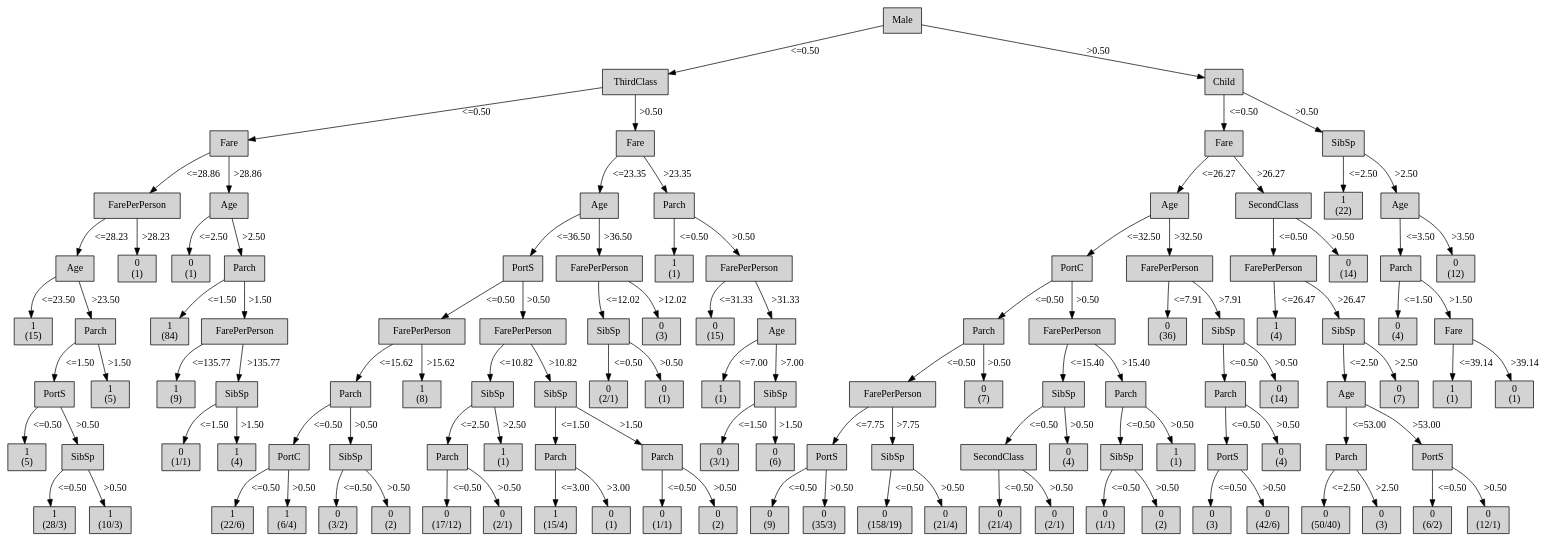
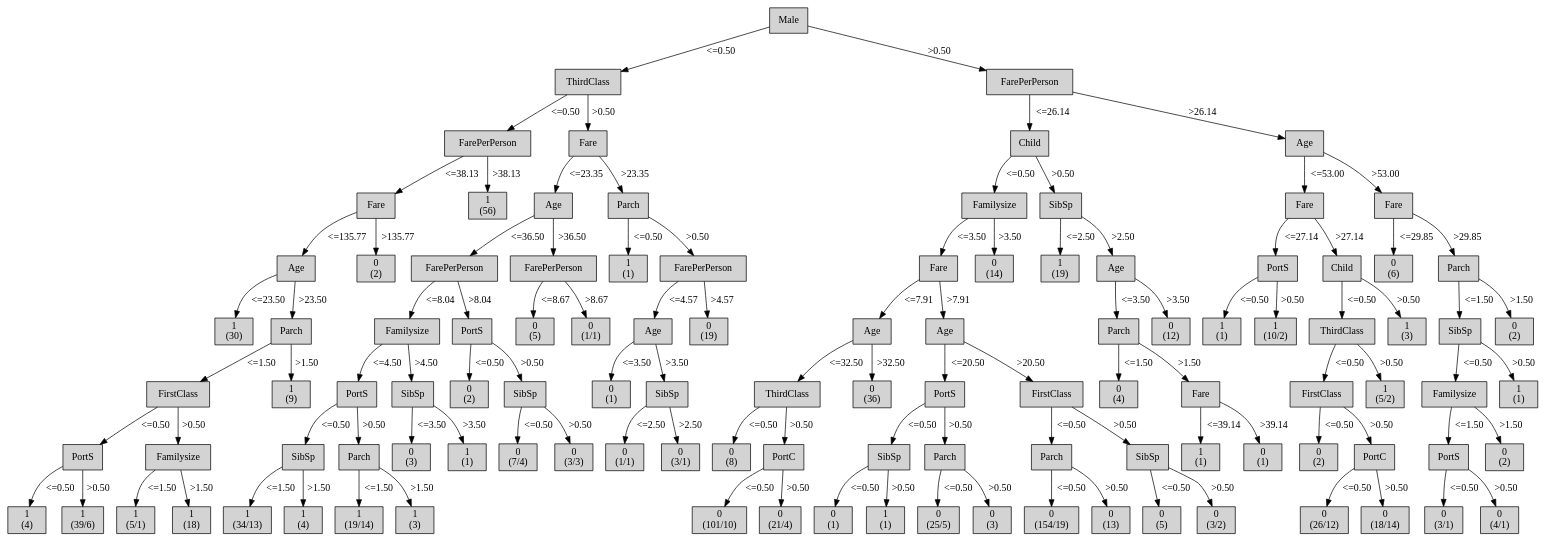
Before and after one commit to mklb/BI-Python3: the diagram in output/tree-generator-8/tree.dot, drawn with Graphviz. The commit also changed 30 other files, not shown here.

```diff
--- a/output/tree-generator-8/tree.dot
+++ b/output/tree-generator-8/tree.dot
@@ -4,417 +4,389 @@
 "1" [shape=box, style=filled, label="ThirdClass
 ", weight=2]
 0 -> 1 [ label = "<=0.50"];
-"2" [shape=box, style=filled, label="Fare
+"2" [shape=box, style=filled, label="FarePerPerson
 ", weight=3]
 1 -> 2 [ label = "<=0.50"];
-"3" [shape=box, style=filled, label="FarePerPerson
+"3" [shape=box, style=filled, label="Fare
 ", weight=4]
-2 -> 3 [ label = "<=28.86"];
+2 -> 3 [ label = "<=38.13"];
 "4" [shape=box, style=filled, label="Age
 ", weight=5]
-3 -> 4 [ label = "<=28.23"];
+3 -> 4 [ label = "<=135.77"];
 "5" [shape=box, style=filled, label="1
-(15)
+(30)
 ", weight=6]
 4 -> 5 [ label = "<=23.50"];
 "6" [shape=box, style=filled, label="Parch
 ", weight=6]
 4 -> 6 [ label = ">23.50"];
-"7" [shape=box, style=filled, label="PortS
+"7" [shape=box, style=filled, label="FirstClass
 ", weight=7]
 6 -> 7 [ label = "<=1.50"];
-"8" [shape=box, style=filled, label="1
-(5)
+"8" [shape=box, style=filled, label="PortS
 ", weight=8]
 7 -> 8 [ label = "<=0.50"];
-"9" [shape=box, style=filled, label="SibSp
+"9" [shape=box, style=filled, label="1
+(4)
+", weight=9]
+8 -> 9 [ label = "<=0.50"];
+"10" [shape=box, style=filled, label="1
+(39/6)
+", weight=9]
+8 -> 10 [ label = ">0.50"];
+"11" [shape=box, style=filled, label="Familysize
 ", weight=8]
-7 -> 9 [ label = ">0.50"];
-"10" [shape=box, style=filled, label="1
-(28/3)
+7 -> 11 [ label = ">0.50"];
+"12" [shape=box, style=filled, label="1
+(5/1)
 ", weight=9]
-9 -> 10 [ label = "<=0.50"];
-"11" [shape=box, style=filled, label="1
-(10/3)
+11 -> 12 [ label = "<=1.50"];
+"13" [shape=box, style=filled, label="1
+(18)
 ", weight=9]
-9 -> 11 [ label = ">0.50"];
-"12" [shape=box, style=filled, label="1
+11 -> 13 [ label = ">1.50"];
+"14" [shape=box, style=filled, label="1
+(9)
+", weight=7]
+6 -> 14 [ label = ">1.50"];
+"15" [shape=box, style=filled, label="0
+(2)
+", weight=5]
+3 -> 15 [ label = ">135.77"];
+"16" [shape=box, style=filled, label="1
+(56)
+", weight=4]
+2 -> 16 [ label = ">38.13"];
+"17" [shape=box, style=filled, label="Fare
+", weight=3]
+1 -> 17 [ label = ">0.50"];
+"18" [shape=box, style=filled, label="Age
+", weight=4]
+17 -> 18 [ label = "<=23.35"];
+"19" [shape=box, style=filled, label="FarePerPerson
+", weight=5]
+18 -> 19 [ label = "<=36.50"];
+"20" [shape=box, style=filled, label="Familysize
+", weight=6]
+19 -> 20 [ label = "<=8.04"];
+"21" [shape=box, style=filled, label="PortS
+", weight=7]
+20 -> 21 [ label = "<=4.50"];
+"22" [shape=box, style=filled, label="SibSp
+", weight=8]
+21 -> 22 [ label = "<=0.50"];
+"23" [shape=box, style=filled, label="1
+(34/13)
+", weight=9]
+22 -> 23 [ label = "<=1.50"];
+"24" [shape=box, style=filled, label="1
+(4)
+", weight=9]
+22 -> 24 [ label = ">1.50"];
+"25" [shape=box, style=filled, label="Parch
+", weight=8]
+21 -> 25 [ label = ">0.50"];
+"26" [shape=box, style=filled, label="1
+(19/14)
+", weight=9]
+25 -> 26 [ label = "<=1.50"];
+"27" [shape=box, style=filled, label="1
+(3)
+", weight=9]
+25 -> 27 [ label = ">1.50"];
+"28" [shape=box, style=filled, label="SibSp
+", weight=7]
+20 -> 28 [ label = ">4.50"];
+"29" [shape=box, style=filled, label="0
+(3)
+", weight=8]
+28 -> 29 [ label = "<=3.50"];
+"30" [shape=box, style=filled, label="1
+(1)
+", weight=8]
+28 -> 30 [ label = ">3.50"];
+"31" [shape=box, style=filled, label="PortS
+", weight=6]
+19 -> 31 [ label = ">8.04"];
+"32" [shape=box, style=filled, label="0
+(2)
+", weight=7]
+31 -> 32 [ label = "<=0.50"];
+"33" [shape=box, style=filled, label="SibSp
+", weight=7]
+31 -> 33 [ label = ">0.50"];
+"34" [shape=box, style=filled, label="0
+(7/4)
+", weight=8]
+33 -> 34 [ label = "<=0.50"];
+"35" [shape=box, style=filled, label="0
+(3/3)
+", weight=8]
+33 -> 35 [ label = ">0.50"];
+"36" [shape=box, style=filled, label="FarePerPerson
+", weight=5]
+18 -> 36 [ label = ">36.50"];
+"37" [shape=box, style=filled, label="0
 (5)
-", weight=7]
-6 -> 12 [ label = ">1.50"];
-"13" [shape=box, style=filled, label="0
+", weight=6]
+36 -> 37 [ label = "<=8.67"];
+"38" [shape=box, style=filled, label="0
+(1/1)
+", weight=6]
+36 -> 38 [ label = ">8.67"];
+"39" [shape=box, style=filled, label="Parch
+", weight=4]
+17 -> 39 [ label = ">23.35"];
+"40" [shape=box, style=filled, label="1
 (1)
 ", weight=5]
-3 -> 13 [ label = ">28.23"];
-"14" [shape=box, style=filled, label="Age
-", weight=4]
-2 -> 14 [ label = ">28.86"];
-"15" [shape=box, style=filled, label="0
+39 -> 40 [ label = "<=0.50"];
+"41" [shape=box, style=filled, label="FarePerPerson
+", weight=5]
+39 -> 41 [ label = ">0.50"];
+"42" [shape=box, style=filled, label="Age
+", weight=6]
+41 -> 42 [ label = "<=4.57"];
+"43" [shape=box, style=filled, label="0
 (1)
-", weight=5]
-14 -> 15 [ label = "<=2.50"];
-"16" [shape=box, style=filled, label="Parch
-", weight=5]
-14 -> 16 [ label = ">2.50"];
-"17" [shape=box, style=filled, label="1
-(84)
-", weight=6]
-16 -> 17 [ label = "<=1.50"];
-"18" [shape=box, style=filled, label="FarePerPerson
-", weight=6]
-16 -> 18 [ label = ">1.50"];
-"19" [shape=box, style=filled, label="1
-(9)
 ", weight=7]
-18 -> 19 [ label = "<=135.77"];
-"20" [shape=box, style=filled, label="SibSp
+42 -> 43 [ label = "<=3.50"];
+"44" [shape=box, style=filled, label="SibSp
 ", weight=7]
-18 -> 20 [ label = ">135.77"];
-"21" [shape=box, style=filled, label="0
+42 -> 44 [ label = ">3.50"];
+"45" [shape=box, style=filled, label="0
 (1/1)
 ", weight=8]
-20 -> 21 [ label = "<=1.50"];
-"22" [shape=box, style=filled, label="1
-(4)
+44 -> 45 [ label = "<=2.50"];
+"46" [shape=box, style=filled, label="0
+(3/1)
 ", weight=8]
-20 -> 22 [ label = ">1.50"];
-"23" [shape=box, style=filled, label="Fare
+44 -> 46 [ label = ">2.50"];
+"47" [shape=box, style=filled, label="0
+(19)
+", weight=6]
+41 -> 47 [ label = ">4.57"];
+"48" [shape=box, style=filled, label="FarePerPerson
+", weight=2]
+0 -> 48 [ label = ">0.50"];
+"49" [shape=box, style=filled, label="Child
 ", weight=3]
-1 -> 23 [ label = ">0.50"];
-"24" [shape=box, style=filled, label="Age
+48 -> 49 [ label = "<=26.14"];
+"50" [shape=box, style=filled, label="Familysize
 ", weight=4]
-23 -> 24 [ label = "<=23.35"];
-"25" [shape=box, style=filled, label="PortS
+49 -> 50 [ label = "<=0.50"];
+"51" [shape=box, style=filled, label="Fare
 ", weight=5]
-24 -> 25 [ label = "<=36.50"];
-"26" [shape=box, style=filled, label="FarePerPerson
+50 -> 51 [ label = "<=3.50"];
+"52" [shape=box, style=filled, label="Age
 ", weight=6]
-25 -> 26 [ label = "<=0.50"];
-"27" [shape=box, style=filled, label="Parch
+51 -> 52 [ label = "<=7.91"];
+"53" [shape=box, style=filled, label="ThirdClass
 ", weight=7]
-26 -> 27 [ label = "<=15.62"];
-"28" [shape=box, style=filled, label="PortC
+52 -> 53 [ label = "<=32.50"];
+"54" [shape=box, style=filled, label="0
+(8)
 ", weight=8]
-27 -> 28 [ label = "<=0.50"];
-"29" [shape=box, style=filled, label="1
-(22/6)
+53 -> 54 [ label = "<=0.50"];
+"55" [shape=box, style=filled, label="PortC
+", weight=8]
+53 -> 55 [ label = ">0.50"];
+"56" [shape=box, style=filled, label="0
+(101/10)
 ", weight=9]
-28 -> 29 [ label = "<=0.50"];
-"30" [shape=box, style=filled, label="1
-(6/4)
+55 -> 56 [ label = "<=0.50"];
+"57" [shape=box, style=filled, label="0
+(21/4)
 ", weight=9]
-28 -> 30 [ label = ">0.50"];
-"31" [shape=box, style=filled, label="SibSp
+55 -> 57 [ label = ">0.50"];
+"58" [shape=box, style=filled, label="0
+(36)
+", weight=7]
+52 -> 58 [ label = ">32.50"];
+"59" [shape=box, style=filled, label="Age
+", weight=6]
+51 -> 59 [ label = ">7.91"];
+"60" [shape=box, style=filled, label="PortS
+", weight=7]
+59 -> 60 [ label = "<=20.50"];
+"61" [shape=box, style=filled, label="SibSp
 ", weight=8]
-27 -> 31 [ label = ">0.50"];
-"32" [shape=box, style=filled, label="0
-(3/2)
-", weight=9]
-31 -> 32 [ label = "<=0.50"];
-"33" [shape=box, style=filled, label="0
-(2)
-", weight=9]
-31 -> 33 [ label = ">0.50"];
-"34" [shape=box, style=filled, label="1
-(8)
-", weight=7]
-26 -> 34 [ label = ">15.62"];
-"35" [shape=box, style=filled, label="FarePerPerson
-", weight=6]
-25 -> 35 [ label = ">0.50"];
-"36" [shape=box, style=filled, label="SibSp
-", weight=7]
-35 -> 36 [ label = "<=10.82"];
-"37" [shape=box, style=filled, label="Parch
-", weight=8]
-36 -> 37 [ label = "<=2.50"];
-"38" [shape=box, style=filled, label="0
-(17/12)
-", weight=9]
-37 -> 38 [ label = "<=0.50"];
-"39" [shape=box, style=filled, label="0
-(2/1)
-", weight=9]
-37 -> 39 [ label = ">0.50"];
-"40" [shape=box, style=filled, label="1
-(1)
-", weight=8]
-36 -> 40 [ label = ">2.50"];
-"41" [shape=box, style=filled, label="SibSp
-", weight=7]
-35 -> 41 [ label = ">10.82"];
-"42" [shape=box, style=filled, label="Parch
-", weight=8]
-41 -> 42 [ label = "<=1.50"];
-"43" [shape=box, style=filled, label="1
-(15/4)
-", weight=9]
-42 -> 43 [ label = "<=3.00"];
-"44" [shape=box, style=filled, label="0
+60 -> 61 [ label = "<=0.50"];
+"62" [shape=box, style=filled, label="0
 (1)
 ", weight=9]
-42 -> 44 [ label = ">3.00"];
-"45" [shape=box, style=filled, label="Parch
+61 -> 62 [ label = "<=0.50"];
+"63" [shape=box, style=filled, label="1
+(1)
+", weight=9]
+61 -> 63 [ label = ">0.50"];
+"64" [shape=box, style=filled, label="Parch
 ", weight=8]
-41 -> 45 [ label = ">1.50"];
-"46" [shape=box, style=filled, label="0
-(1/1)
+60 -> 64 [ label = ">0.50"];
+"65" [shape=box, style=filled, label="0
+(25/5)
 ", weight=9]
-45 -> 46 [ label = "<=0.50"];
-"47" [shape=box, style=filled, label="0
-(2)
+64 -> 65 [ label = "<=0.50"];
+"66" [shape=box, style=filled, label="0
+(3)
 ", weight=9]
-45 -> 47 [ label = ">0.50"];
-"48" [shape=box, style=filled, label="FarePerPerson
-", weight=5]
-24 -> 48 [ label = ">36.50"];
-"49" [shape=box, style=filled, label="SibSp
-", weight=6]
-48 -> 49 [ label = "<=12.02"];
-"50" [shape=box, style=filled, label="0
-(2/1)
+64 -> 66 [ label = ">0.50"];
+"67" [shape=box, style=filled, label="FirstClass
 ", weight=7]
-49 -> 50 [ label = "<=0.50"];
-"51" [shape=box, style=filled, label="0
-(1)
-", weight=7]
-49 -> 51 [ label = ">0.50"];
-"52" [shape=box, style=filled, label="0
-(3)
-", weight=6]
-48 -> 52 [ label = ">12.02"];
-"53" [shape=box, style=filled, label="Parch
-", weight=4]
-23 -> 53 [ label = ">23.35"];
-"54" [shape=box, style=filled, label="1
-(1)
-", weight=5]
-53 -> 54 [ label = "<=0.50"];
-"55" [shape=box, style=filled, label="FarePerPerson
-", weight=5]
-53 -> 55 [ label = ">0.50"];
-"56" [shape=box, style=filled, label="0
-(15)
-", weight=6]
-55 -> 56 [ label = "<=31.33"];
-"57" [shape=box, style=filled, label="Age
-", weight=6]
-55 -> 57 [ label = ">31.33"];
-"58" [shape=box, style=filled, label="1
-(1)
-", weight=7]
-57 -> 58 [ label = "<=7.00"];
-"59" [shape=box, style=filled, label="SibSp
-", weight=7]
-57 -> 59 [ label = ">7.00"];
-"60" [shape=box, style=filled, label="0
-(3/1)
+59 -> 67 [ label = ">20.50"];
+"68" [shape=box, style=filled, label="Parch
 ", weight=8]
-59 -> 60 [ label = "<=1.50"];
-"61" [shape=box, style=filled, label="0
-(6)
-", weight=8]
-59 -> 61 [ label = ">1.50"];
-"62" [shape=box, style=filled, label="Child
-", weight=2]
-0 -> 62 [ label = ">0.50"];
-"63" [shape=box, style=filled, label="Fare
-", weight=3]
-62 -> 63 [ label = "<=0.50"];
-"64" [shape=box, style=filled, label="Age
-", weight=4]
-63 -> 64 [ label = "<=26.27"];
-"65" [shape=box, style=filled, label="PortC
-", weight=5]
-64 -> 65 [ label = "<=32.50"];
-"66" [shape=box, style=filled, label="Parch
-", weight=6]
-65 -> 66 [ label = "<=0.50"];
-"67" [shape=box, style=filled, label="FarePerPerson
-", weight=7]
-66 -> 67 [ label = "<=0.50"];
-"68" [shape=box, style=filled, label="PortS
-", weight=8]
-67 -> 68 [ label = "<=7.75"];
+67 -> 68 [ label = "<=0.50"];
 "69" [shape=box, style=filled, label="0
-(9)
+(154/19)
 ", weight=9]
 68 -> 69 [ label = "<=0.50"];
 "70" [shape=box, style=filled, label="0
-(35/3)
+(13)
 ", weight=9]
 68 -> 70 [ label = ">0.50"];
 "71" [shape=box, style=filled, label="SibSp
 ", weight=8]
-67 -> 71 [ label = ">7.75"];
+67 -> 71 [ label = ">0.50"];
 "72" [shape=box, style=filled, label="0
-(158/19)
+(5)
 ", weight=9]
 71 -> 72 [ label = "<=0.50"];
 "73" [shape=box, style=filled, label="0
-(21/4)
+(3/2)
 ", weight=9]
 71 -> 73 [ label = ">0.50"];
 "74" [shape=box, style=filled, label="0
-(7)
+(14)
+", weight=5]
+50 -> 74 [ label = ">3.50"];
+"75" [shape=box, style=filled, label="SibSp
+", weight=4]
+49 -> 75 [ label = ">0.50"];
+"76" [shape=box, style=filled, label="1
+(19)
+", weight=5]
+75 -> 76 [ label = "<=2.50"];
+"77" [shape=box, style=filled, label="Age
+", weight=5]
+75 -> 77 [ label = ">2.50"];
+"78" [shape=box, style=filled, label="Parch
+", weight=6]
+77 -> 78 [ label = "<=3.50"];
+"79" [shape=box, style=filled, label="0
+(4)
 ", weight=7]
-66 -> 74 [ label = ">0.50"];
-"75" [shape=box, style=filled, label="FarePerPerson
-", weight=6]
-65 -> 75 [ label = ">0.50"];
-"76" [shape=box, style=filled, label="SibSp
+78 -> 79 [ label = "<=1.50"];
+"80" [shape=box, style=filled, label="Fare
 ", weight=7]
-75 -> 76 [ label = "<=15.40"];
-"77" [shape=box, style=filled, label="SecondClass
-", weight=8]
-76 -> 77 [ label = "<=0.50"];
-"78" [shape=box, style=filled, label="0
-(21/4)
-", weight=9]
-77 -> 78 [ label = "<=0.50"];
-"79" [shape=box, style=filled, label="0
-(2/1)
-", weight=9]
-77 -> 79 [ label = ">0.50"];
-"80" [shape=box, style=filled, label="0
-(4)
-", weight=8]
-76 -> 80 [ label = ">0.50"];
-"81" [shape=box, style=filled, label="Parch
-", weight=7]
-75 -> 81 [ label = ">15.40"];
-"82" [shape=box, style=filled, label="SibSp
-", weight=8]
-81 -> 82 [ label = "<=0.50"];
-"83" [shape=box, style=filled, label="0
-(1/1)
-", weight=9]
-82 -> 83 [ label = "<=0.50"];
-"84" [shape=box, style=filled, label="0
-(2)
-", weight=9]
-82 -> 84 [ label = ">0.50"];
-"85" [shape=box, style=filled, label="1
+78 -> 80 [ label = ">1.50"];
+"81" [shape=box, style=filled, label="1
 (1)
 ", weight=8]
-81 -> 85 [ label = ">0.50"];
-"86" [shape=box, style=filled, label="FarePerPerson
+80 -> 81 [ label = "<=39.14"];
+"82" [shape=box, style=filled, label="0
+(1)
+", weight=8]
+80 -> 82 [ label = ">39.14"];
+"83" [shape=box, style=filled, label="0
+(12)
+", weight=6]
+77 -> 83 [ label = ">3.50"];
+"84" [shape=box, style=filled, label="Age
+", weight=3]
+48 -> 84 [ label = ">26.14"];
+"85" [shape=box, style=filled, label="Fare
+", weight=4]
+84 -> 85 [ label = "<=53.00"];
+"86" [shape=box, style=filled, label="PortS
 ", weight=5]
-64 -> 86 [ label = ">32.50"];
-"87" [shape=box, style=filled, label="0
-(36)
+85 -> 86 [ label = "<=27.14"];
+"87" [shape=box, style=filled, label="1
+(1)
 ", weight=6]
-86 -> 87 [ label = "<=7.91"];
-"88" [shape=box, style=filled, label="SibSp
+86 -> 87 [ label = "<=0.50"];
+"88" [shape=box, style=filled, label="1
+(10/2)
 ", weight=6]
-86 -> 88 [ label = ">7.91"];
-"89" [shape=box, style=filled, label="Parch
+86 -> 88 [ label = ">0.50"];
+"89" [shape=box, style=filled, label="Child
+", weight=5]
+85 -> 89 [ label = ">27.14"];
+"90" [shape=box, style=filled, label="ThirdClass
+", weight=6]
+89 -> 90 [ label = "<=0.50"];
+"91" [shape=box, style=filled, label="FirstClass
 ", weight=7]
-88 -> 89 [ label = "<=0.50"];
-"90" [shape=box, style=filled, label="PortS
-", weight=8]
-89 -> 90 [ label = "<=0.50"];
-"91" [shape=box, style=filled, label="0
-(3)
-", weight=9]
 90 -> 91 [ label = "<=0.50"];
 "92" [shape=box, style=filled, label="0
-(42/6)
+(2)
+", weight=8]
+91 -> 92 [ label = "<=0.50"];
+"93" [shape=box, style=filled, label="PortC
+", weight=8]
+91 -> 93 [ label = ">0.50"];
+"94" [shape=box, style=filled, label="0
+(26/12)
 ", weight=9]
-90 -> 92 [ label = ">0.50"];
-"93" [shape=box, style=filled, label="0
-(4)
-", weight=8]
-89 -> 93 [ label = ">0.50"];
-"94" [shape=box, style=filled, label="0
-(14)
+93 -> 94 [ label = "<=0.50"];
+"95" [shape=box, style=filled, label="0
+(18/14)
+", weight=9]
+93 -> 95 [ label = ">0.50"];
+"96" [shape=box, style=filled, label="1
+(5/2)
 ", weight=7]
-88 -> 94 [ label = ">0.50"];
-"95" [shape=box, style=filled, label="SecondClass
+90 -> 96 [ label = ">0.50"];
+"97" [shape=box, style=filled, label="1
+(3)
+", weight=6]
+89 -> 97 [ label = ">0.50"];
+"98" [shape=box, style=filled, label="Fare
 ", weight=4]
-63 -> 95 [ label = ">26.27"];
-"96" [shape=box, style=filled, label="FarePerPerson
+84 -> 98 [ label = ">53.00"];
+"99" [shape=box, style=filled, label="0
+(6)
 ", weight=5]
-95 -> 96 [ label = "<=0.50"];
-"97" [shape=box, style=filled, label="1
-(4)
+98 -> 99 [ label = "<=29.85"];
+"100" [shape=box, style=filled, label="Parch
+", weight=5]
+98 -> 100 [ label = ">29.85"];
+"101" [shape=box, style=filled, label="SibSp
 ", weight=6]
-96 -> 97 [ label = "<=26.47"];
-"98" [shape=box, style=filled, label="SibSp
-", weight=6]
-96 -> 98 [ label = ">26.47"];
-"99" [shape=box, style=filled, label="Age
+100 -> 101 [ label = "<=1.50"];
+"102" [shape=box, style=filled, label="Familysize
 ", weight=7]
-98 -> 99 [ label = "<=2.50"];
-"100" [shape=box, style=filled, label="Parch
-", weight=8]
-99 -> 100 [ label = "<=53.00"];
-"101" [shape=box, style=filled, label="0
-(50/40)
-", weight=9]
-100 -> 101 [ label = "<=2.50"];
-"102" [shape=box, style=filled, label="0
-(3)
-", weight=9]
-100 -> 102 [ label = ">2.50"];
+101 -> 102 [ label = "<=0.50"];
 "103" [shape=box, style=filled, label="PortS
 ", weight=8]
-99 -> 103 [ label = ">53.00"];
+102 -> 103 [ label = "<=1.50"];
 "104" [shape=box, style=filled, label="0
-(6/2)
+(3/1)
 ", weight=9]
 103 -> 104 [ label = "<=0.50"];
 "105" [shape=box, style=filled, label="0
-(12/1)
+(4/1)
 ", weight=9]
 103 -> 105 [ label = ">0.50"];
 "106" [shape=box, style=filled, label="0
-(7)
-", weight=7]
-98 -> 106 [ label = ">2.50"];
-"107" [shape=box, style=filled, label="0
-(14)
-", weight=5]
-95 -> 107 [ label = ">0.50"];
-"108" [shape=box, style=filled, label="SibSp
-", weight=3]
-62 -> 108 [ label = ">0.50"];
-"109" [shape=box, style=filled, label="1
-(22)
-", weight=4]
-108 -> 109 [ label = "<=2.50"];
-"110" [shape=box, style=filled, label="Age
-", weight=4]
-108 -> 110 [ label = ">2.50"];
-"111" [shape=box, style=filled, label="Parch
-", weight=5]
-110 -> 111 [ label = "<=3.50"];
-"112" [shape=box, style=filled, label="0
-(4)
-", weight=6]
-111 -> 112 [ label = "<=1.50"];
-"113" [shape=box, style=filled, label="Fare
-", weight=6]
-111 -> 113 [ label = ">1.50"];
-"114" [shape=box, style=filled, label="1
+(2)
+", weight=8]
+102 -> 106 [ label = ">1.50"];
+"107" [shape=box, style=filled, label="1
 (1)
 ", weight=7]
-113 -> 114 [ label = "<=39.14"];
-"115" [shape=box, style=filled, label="0
-(1)
-", weight=7]
-113 -> 115 [ label = ">39.14"];
-"116" [shape=box, style=filled, label="0
-(12)
-", weight=5]
-110 -> 116 [ label = ">3.50"];
+101 -> 107 [ label = ">0.50"];
+"108" [shape=box, style=filled, label="0
+(2)
+", weight=6]
+100 -> 108 [ label = ">1.50"];
 {rank=same; 0;};
-{rank=same; 1;62;};
-{rank=same; 2;23;63;108;};
-{rank=same; 3;14;24;53;64;95;109;110;};
-{rank=same; 4;13;15;16;25;48;54;55;65;86;96;107;111;116;};
-{rank=same; 5;6;17;18;26;35;49;52;56;57;66;75;87;88;97;98;112;113;};
-{rank=same; 7;12;19;20;27;34;36;41;50;51;58;59;67;74;76;81;89;94;99;106;114;115;};
-{rank=same; 8;9;21;22;28;31;37;40;42;45;60;61;68;71;77;80;82;85;90;93;100;103;};
-{rank=same; 10;11;29;30;32;33;38;39;43;44;46;47;69;70;72;73;78;79;83;84;91;92;101;102;104;105;};
+{rank=same; 1;48;};
+{rank=same; 2;17;49;84;};
+{rank=same; 3;16;18;39;50;75;85;98;};
+{rank=same; 4;15;19;36;40;41;51;74;76;77;86;89;99;100;};
+{rank=same; 5;6;20;31;37;38;42;47;52;59;78;83;87;88;90;97;101;108;};
+{rank=same; 7;14;21;28;32;33;43;44;53;58;60;67;79;80;91;96;102;107;};
+{rank=same; 8;11;22;25;29;30;34;35;45;46;54;55;61;64;68;71;81;82;92;93;103;106;};
+{rank=same; 9;10;12;13;23;24;26;27;56;57;62;63;65;66;69;70;72;73;94;95;104;105;};
 }
```
